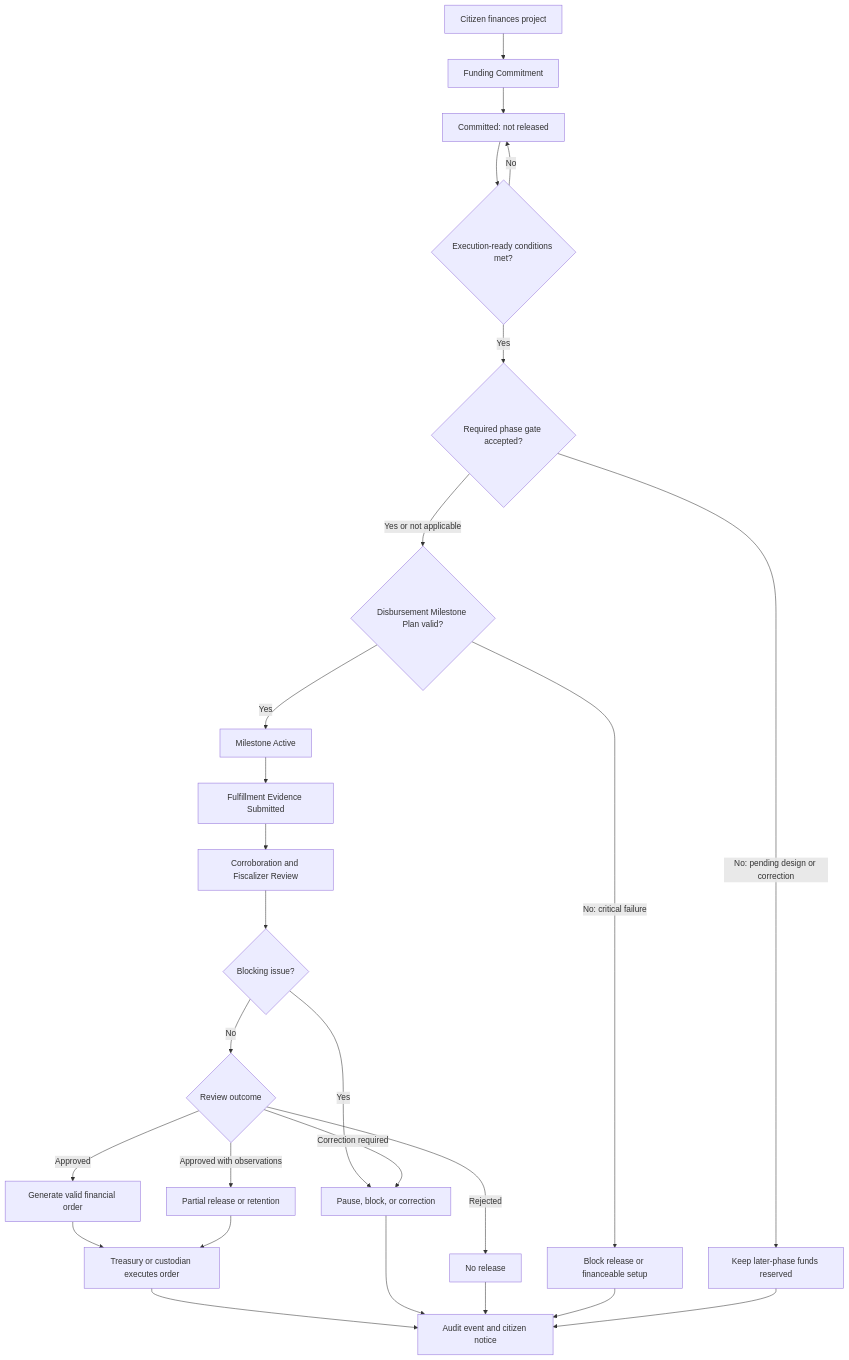
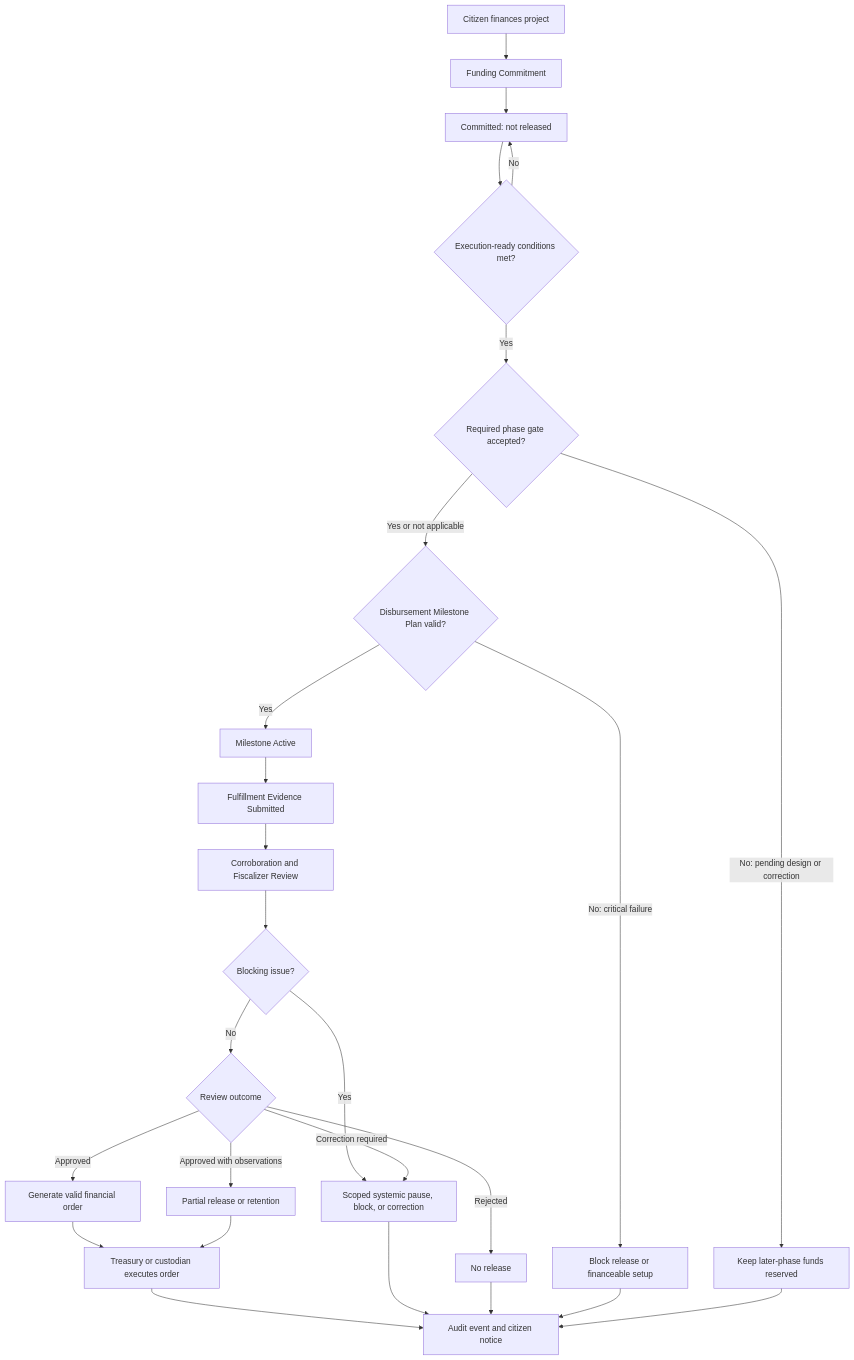
The diagram in docs/diagrams/v0-funding-disbursement.md (moffermann/distributed-governance-research), drawn with Mermaid before and after one commit. The commit also changed other lines of this file and 33 other files, not shown here.

````diff
--- a/docs/diagrams/v0-funding-disbursement.md
+++ b/docs/diagrams/v0-funding-disbursement.md
@@ -9,31 +9,31 @@
 ```mermaid
 flowchart TD
     A[Citizen finances project] --> B[Funding Commitment]
     B --> C[Committed: not released]
     C --> D{Execution-ready conditions met?}
     D -->|No| C
     D -->|Yes| PG{Required phase gate accepted?}
     PG -->|No: pending design or correction| PR[Keep later-phase funds reserved]
     PG -->|Yes or not applicable| MP{Disbursement Milestone Plan valid?}
     MP -->|No: critical failure| BL[Block release or financeable setup]
     MP -->|Yes| E[Milestone Active]
 
     E --> F[Fulfillment Evidence Submitted]
     F --> G[Corroboration and Fiscalizer Review]
     G --> H{Blocking issue?}
-    H -->|Yes| I[Pause, block, or correction]
+    H -->|Yes| I[Scoped systemic pause, block, or correction]
     H -->|No| J{Review outcome}
 
     J -->|Approved| K[Generate valid financial order]
     J -->|Approved with observations| L[Partial release or retention]
     J -->|Correction required| I
     J -->|Rejected| M[No release]
 
     K --> T[Treasury or custodian executes order]
     L --> T
     T --> N[Audit event and citizen notice]
     I --> N
     M --> N
     BL --> N
     PR --> N
 ```
````
